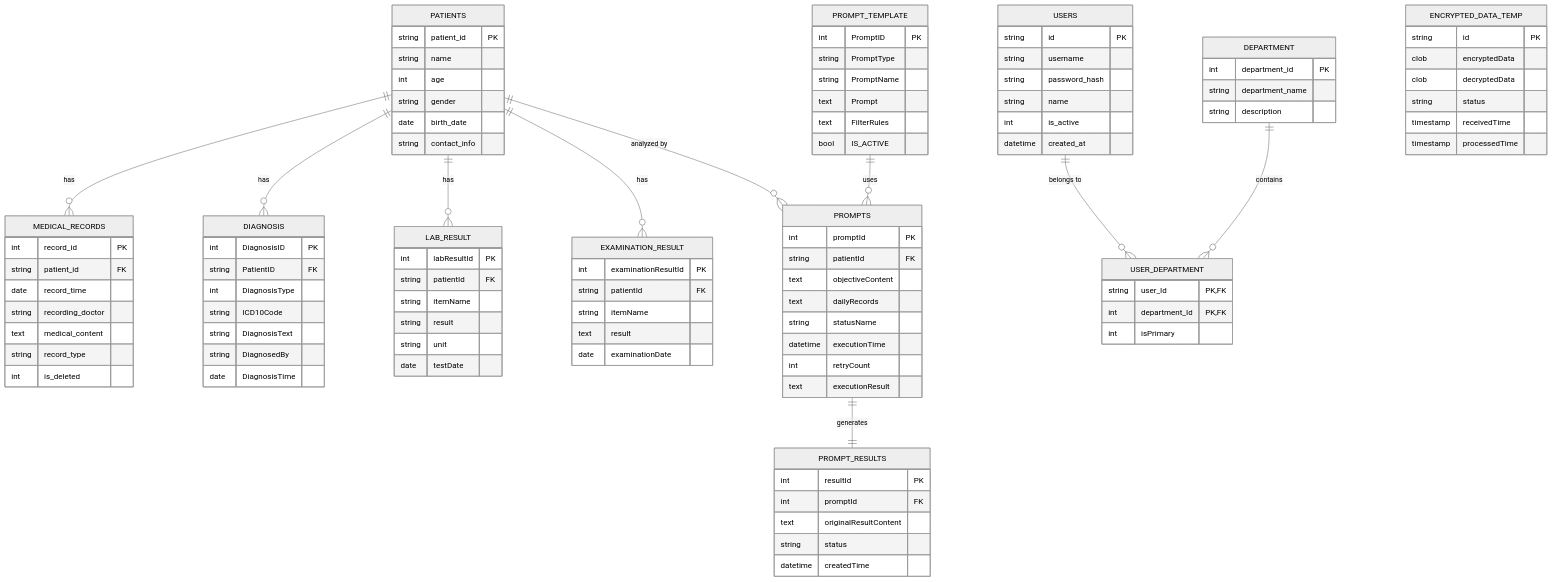
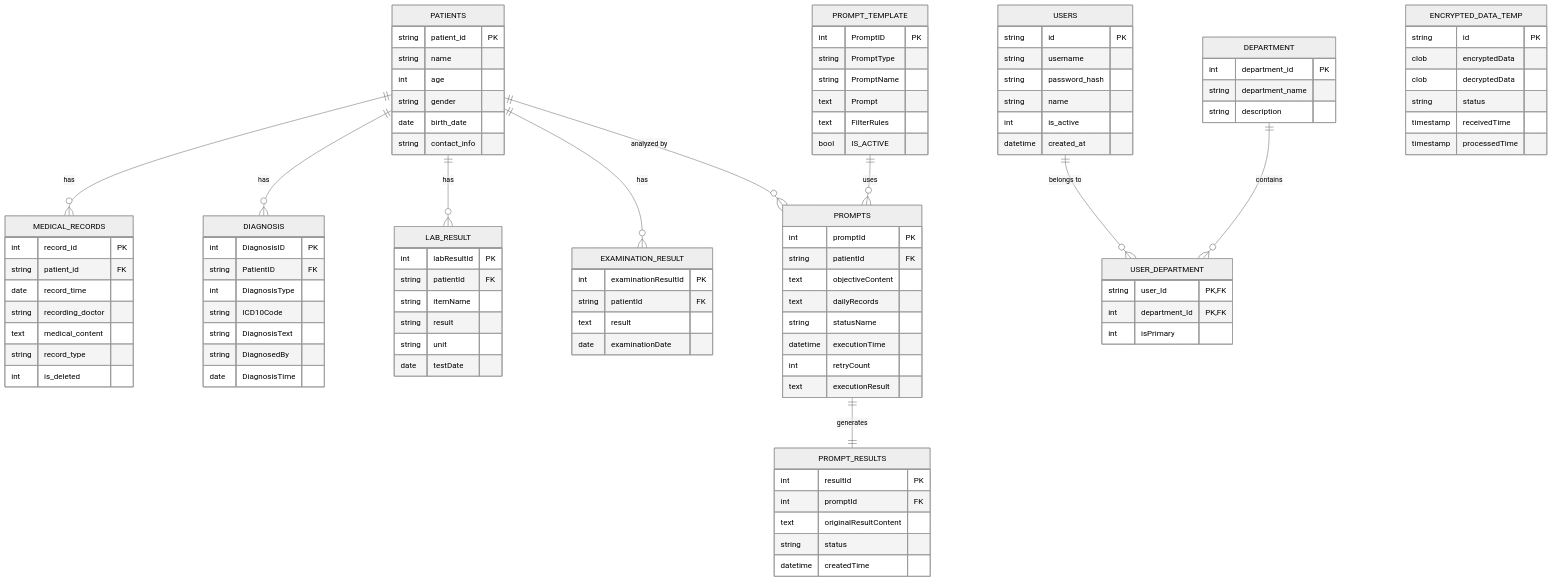
Before and after one commit to liuzh2008/med_ai_assistant_workspace: the third of 4 diagrams in .qoder/repowiki/zh/content/API参考/API参考.md, drawn with Mermaid (neutral theme). The commit also changed other lines of this file and 4 other files, not shown here.

```diff
--- a/.qoder/repowiki/zh/content/API参考/API参考.md
+++ b/.qoder/repowiki/zh/content/API参考/API参考.md
@@ -341,7 +347,6 @@
 EXAMINATION_RESULT {
 int examinationResultId PK
 string patientId FK
-string itemName
 text result
 date examinationDate
 }
```
